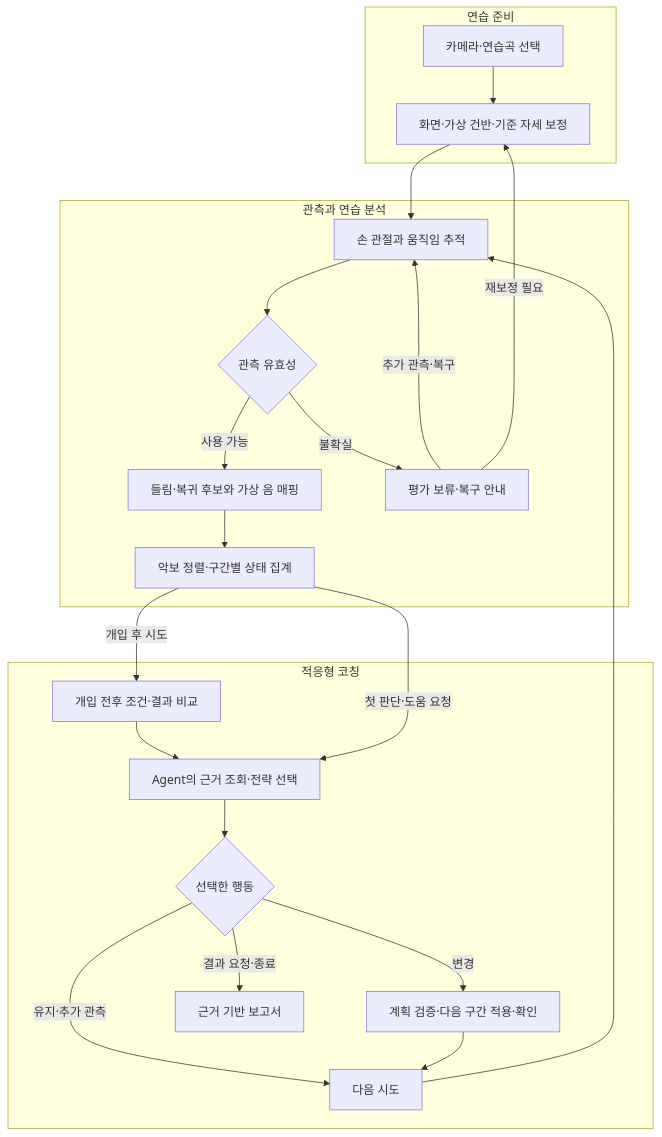
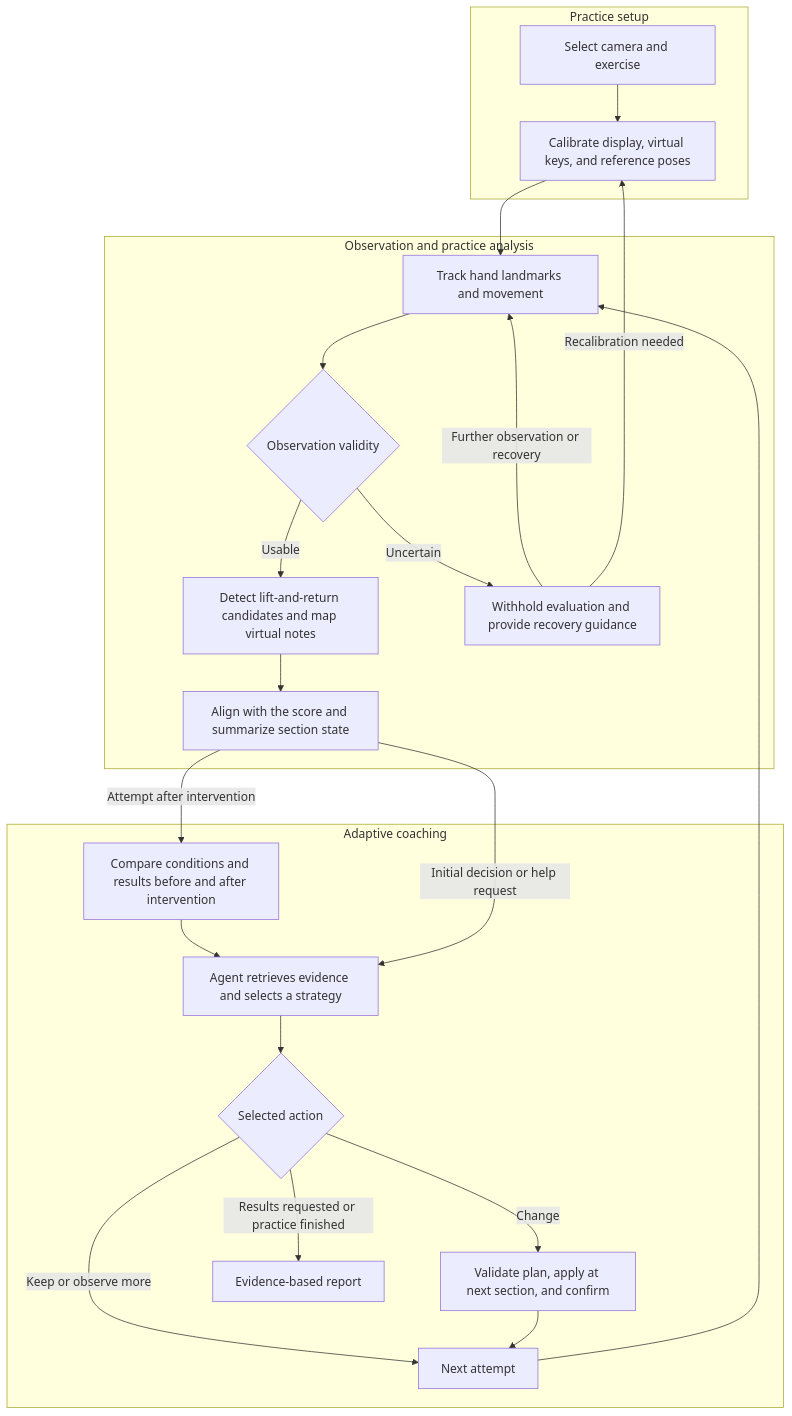
Before and after one commit to Jungminii-1114/Pthoven: the diagram in README.md, drawn with Mermaid. The commit also changed other lines of this file and 1 other file, not shown here.

````diff
--- a/README.md
+++ b/README.md
@@ -62,29 +64,29 @@
 ```mermaid
 flowchart TD
-    subgraph SETUP["연습 준비"]
-        A["카메라·연습곡 선택"] --> B["화면·가상 건반·기준 자세 보정"]
+    subgraph SETUP["Practice setup"]
+        A["Select camera and exercise"] --> B["Calibrate display, virtual keys, and reference poses"]
     end
 
-    subgraph OBSERVE["관측과 연습 분석"]
-        C["손 관절과 움직임 추적"] --> Q{"관측 유효성"}
-        Q -->|"사용 가능"| D["들림·복귀 후보와 가상 음 매핑"]
-        D --> E["악보 정렬·구간별 상태 집계"]
-        Q -->|"불확실"| HOLD["평가 보류·복구 안내"]
+    subgraph OBSERVE["Observation and practice analysis"]
+        C["Track hand landmarks and movement"] --> Q{"Observation validity"}
+        Q -->|"Usable"| D["Detect lift-and-return candidates and map virtual notes"]
+        D --> E["Align with the score and summarize section state"]
+        Q -->|"Uncertain"| HOLD["Withhold evaluation and provide recovery guidance"]
     end
 
-    subgraph COACH["적응형 코칭"]
-        F["Agent의 근거 조회·전략 선택"] --> ACTION{"선택한 행동"}
-        ACTION -->|"변경"| G["계획 검증·다음 구간 적용·확인"]
-        ACTION -->|"유지·추가 관측"| H["다음 시도"]
+    subgraph COACH["Adaptive coaching"]
+        F["Agent retrieves evidence and selects a strategy"] --> ACTION{"Selected action"}
+        ACTION -->|"Change"| G["Validate plan, apply at next section, and confirm"]
+        ACTION -->|"Keep or observe more"| H["Next attempt"]
         G --> H
-        I["개입 전후 조건·결과 비교"] --> F
-        ACTION -->|"결과 요청·종료"| J["근거 기반 보고서"]
+        I["Compare conditions and results before and after intervention"] --> F
+        ACTION -->|"Results requested or practice finished"| J["Evidence-based report"]
     end
 
     B --> C
-    E -->|"첫 판단·도움 요청"| F
-    E -->|"개입 후 시도"| I
+    E -->|"Initial decision or help request"| F
+    E -->|"Attempt after intervention"| I
     H --> C
-    HOLD -->|"추가 관측·복구"| C
-    HOLD -->|"재보정 필요"| B
+    HOLD -->|"Further observation or recovery"| C
+    HOLD -->|"Recalibration needed"| B
 ```
````
